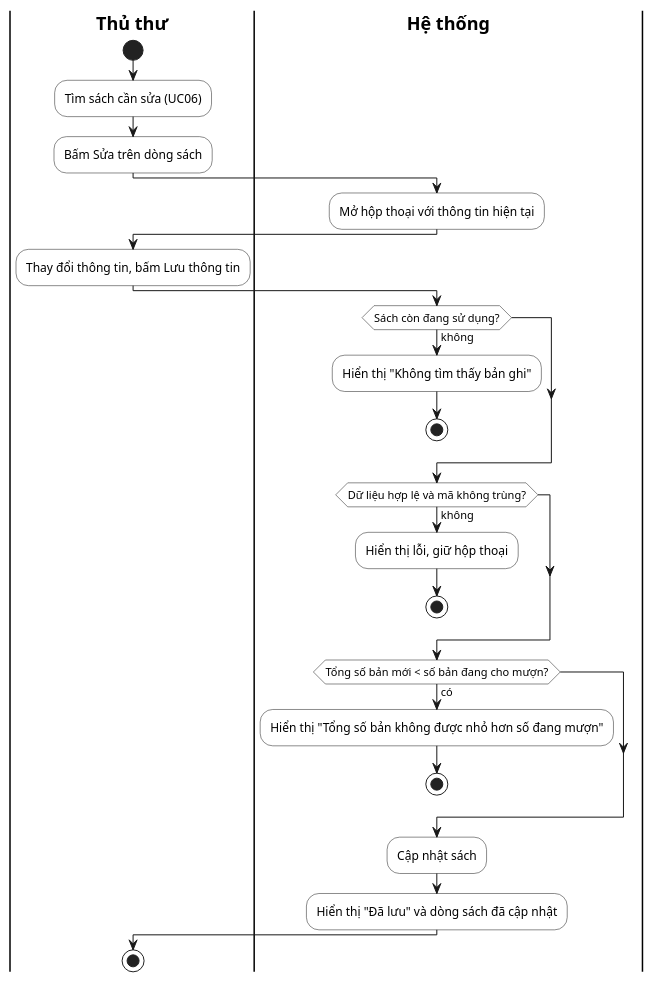
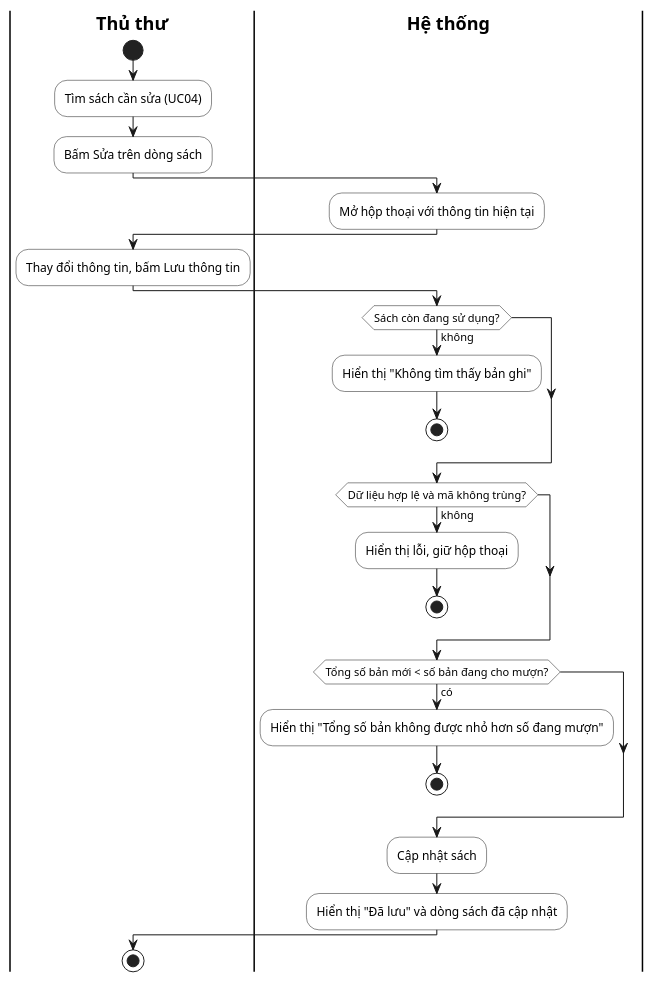
Before and after one commit to khoiln218/ThuVienMini: the diagram in docs/uml/act04_sua_sach.puml, drawn with PlantUML. The commit also changed 30 other files, not shown here.

```diff
--- a/docs/uml/act04_sua_sach.puml
+++ b/docs/uml/act04_sua_sach.puml
@@ -1,31 +1,31 @@
 @startuml
 skinparam defaultFontName Arial
 skinparam shadowing false
 skinparam ActivityBackgroundColor #FFFFFF
 skinparam SwimlaneTitleFontStyle bold
 |Thủ thư|
 start
-:Tìm sách cần sửa (UC06);
+:Tìm sách cần sửa (UC04);
 :Bấm Sửa trên dòng sách;
 |Hệ thống|
 :Mở hộp thoại với thông tin hiện tại;
 |Thủ thư|
 :Thay đổi thông tin, bấm Lưu thông tin;
 |Hệ thống|
 if (Sách còn đang sử dụng?) then (không)
   :Hiển thị "Không tìm thấy bản ghi";
   stop
 endif
 if (Dữ liệu hợp lệ và mã không trùng?) then (không)
   :Hiển thị lỗi, giữ hộp thoại;
   stop
 endif
 if (Tổng số bản mới < số bản đang cho mượn?) then (có)
   :Hiển thị "Tổng số bản không được nhỏ hơn số đang mượn";
   stop
 endif
 :Cập nhật sách;
 :Hiển thị "Đã lưu" và dòng sách đã cập nhật;
 |Thủ thư|
 stop
 @enduml
```
